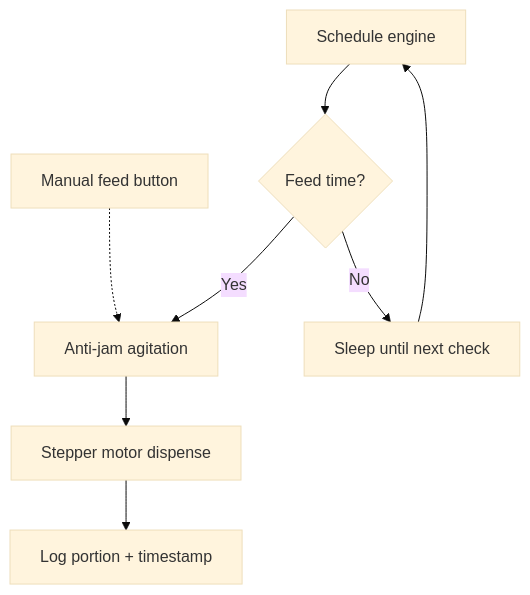
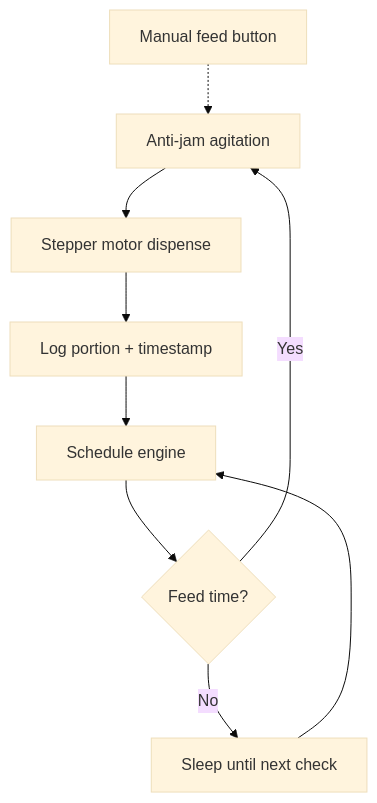
The diagram in src/content/projects/petfeedr.md (Minimalistic/marsh.city), drawn with Mermaid (base theme) before and after one commit.

Commit message:
fix: add loop-back from log to schedule engine in PetFeedr flowchart
Shows the complete cycle - after feeding is logged, system returns
to the schedule engine to wait for the next check.

````diff
--- a/src/content/projects/petfeedr.md
+++ b/src/content/projects/petfeedr.md
@@ -38,10 +38,11 @@
 ```mermaid
 flowchart TD
   G[Manual feed button] -.-> C
   A[Schedule engine] --> B{Feed time?}
   B -->|Yes| C[Anti-jam agitation]
   B -->|No| F[Sleep until next check]
   F --> A
   C --> D[Stepper motor dispense]
   D --> E[Log portion + timestamp]
+  E --> A
 ```
````
